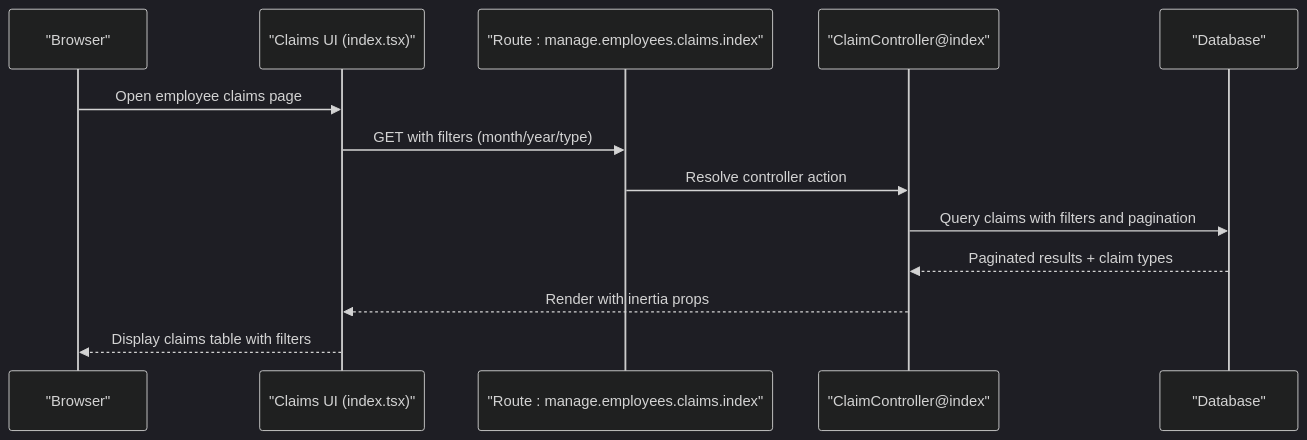
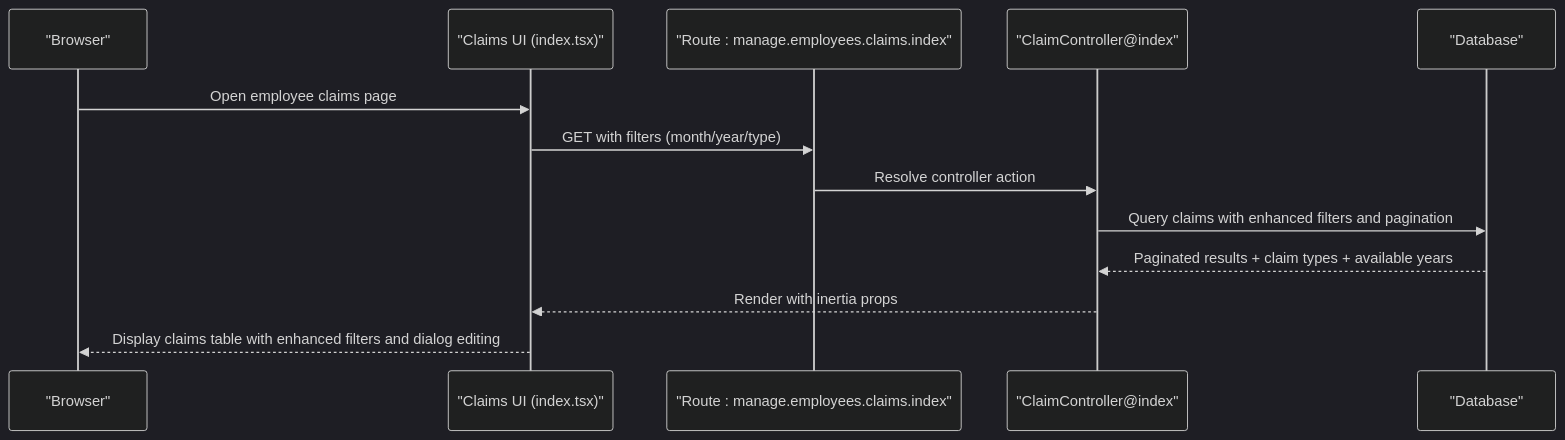
The second of 7 diagrams in .qoder/repowiki/en/content/Employee Management/Employee Claims Management.md (vincet0t15/template), drawn with Mermaid (dark theme) before and after one commit. The commit also changed other lines of this file and 12 other files, not shown here.

````diff
--- a/.qoder/repowiki/en/content/Employee Management/Employee Claims Management.md
+++ b/.qoder/repowiki/en/content/Employee Management/Employee Claims Management.md
@@ -136,15 +157,15 @@
 ```mermaid
 sequenceDiagram
 participant Browser as "Browser"
 participant UI as "Claims UI (index.tsx)"
 participant Route as "Route : manage.employees.claims.index"
 participant Ctrl as "ClaimController@index"
 participant DB as "Database"
 Browser->>UI : Open employee claims page
 UI->>Route : GET with filters (month/year/type)
 Route->>Ctrl : Resolve controller action
-Ctrl->>DB : Query claims with filters and pagination
-DB-->>Ctrl : Paginated results + claim types
+Ctrl->>DB : Query claims with enhanced filters and pagination
+DB-->>Ctrl : Paginated results + claim types + available years
 Ctrl-->>UI : Render with inertia props
-UI-->>Browser : Display claims table with filters
+UI-->>Browser : Display claims table with enhanced filters and dialog editing
 ```
````
